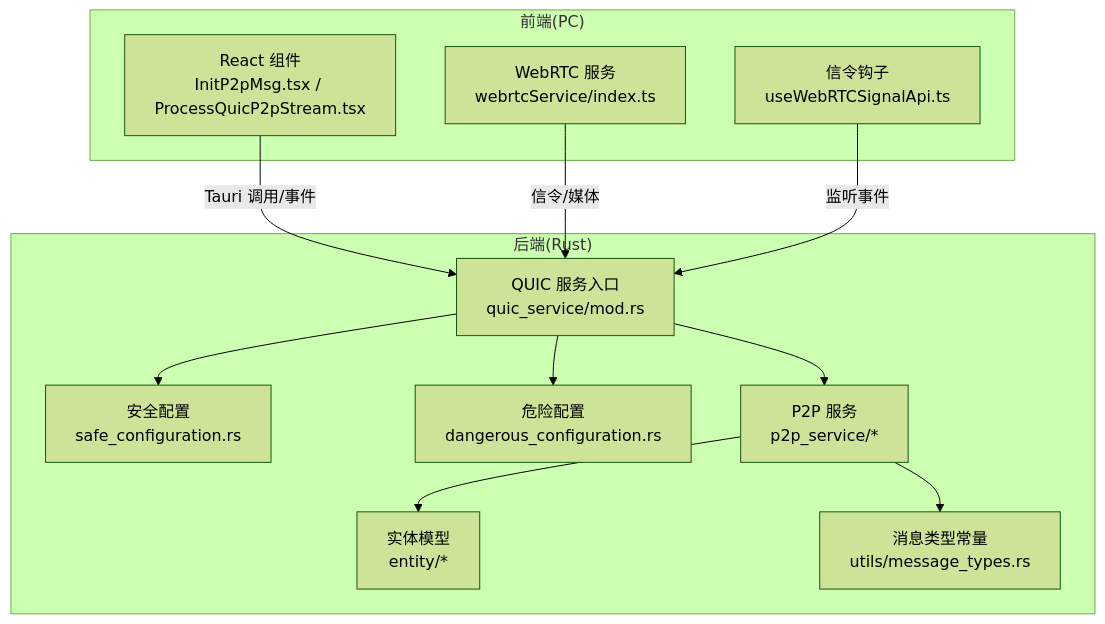
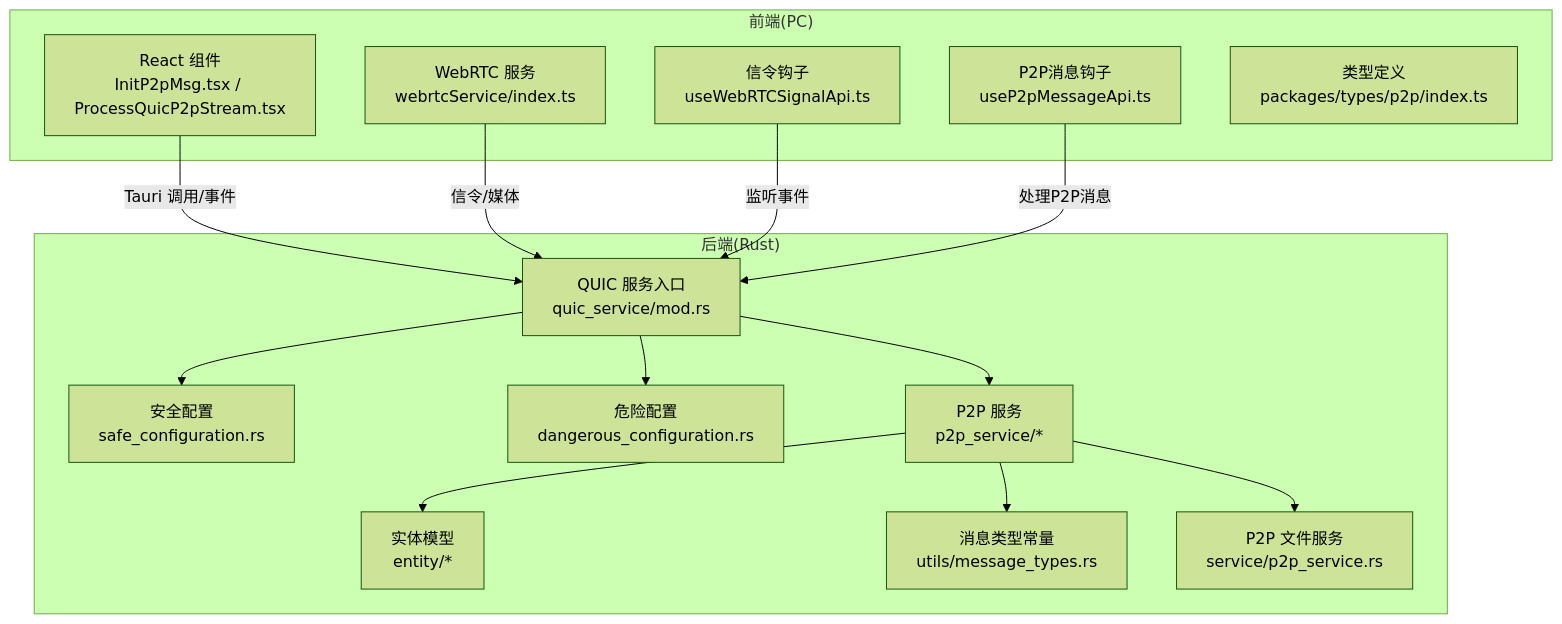
One commit to nicolastinger/only-talk-app changed the first of 11 diagrams in .qoder/repowiki/zh/content/网络通信/网络通信.md. Above: the diagram before and after it, drawn with Mermaid (forest theme). The commit also changed other lines of this file and 9 other files, not shown here.

````diff
--- a/.qoder/repowiki/zh/content/网络通信/网络通信.md
+++ b/.qoder/repowiki/zh/content/网络通信/网络通信.md
@@ -46,24 +59,29 @@
 ```mermaid
 graph TB
 subgraph "前端(PC)"
 A["React 组件<br/>InitP2pMsg.tsx / ProcessQuicP2pStream.tsx"]
 B["WebRTC 服务<br/>webrtcService/index.ts"]
 C["信令钩子<br/>useWebRTCSignalApi.ts"]
+D["P2P消息钩子<br/>useP2pMessageApi.ts"]
+E["类型定义<br/>packages/types/p2p/index.ts"]
 end
 subgraph "后端(Rust)"
-D["QUIC 服务入口<br/>quic_service/mod.rs"]
-E["安全配置<br/>safe_configuration.rs"]
-F["危险配置<br/>dangerous_configuration.rs"]
-G["P2P 服务<br/>p2p_service/*"]
-H["实体模型<br/>entity/*"]
-I["消息类型常量<br/>utils/message_types.rs"]
+F["QUIC 服务入口<br/>quic_service/mod.rs"]
+G["安全配置<br/>safe_configuration.rs"]
+H["危险配置<br/>dangerous_configuration.rs"]
+I["P2P 服务<br/>p2p_service/*"]
+J["实体模型<br/>entity/*"]
+K["消息类型常量<br/>utils/message_types.rs"]
+L["P2P 文件服务<br/>service/p2p_service.rs"]
 end
-A --> |Tauri 调用/事件| D
-B --> |信令/媒体| D
-C --> |监听事件| D
-D --> E
-D --> F
-D --> G
-G --> H
-G --> I
+A --> |Tauri 调用/事件| F
+B --> |信令/媒体| F
+C --> |监听事件| F
+D --> |处理P2P消息| F
+F --> G
+F --> H
+F --> I
+I --> J
+I --> K
+I --> L
 ```
````
